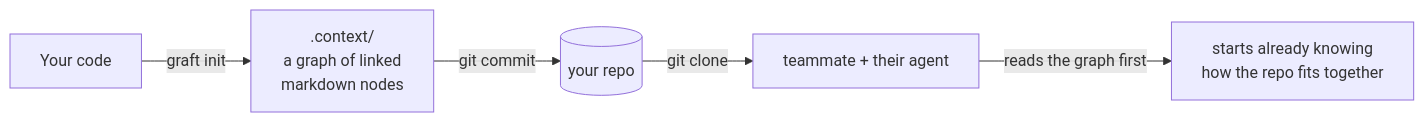
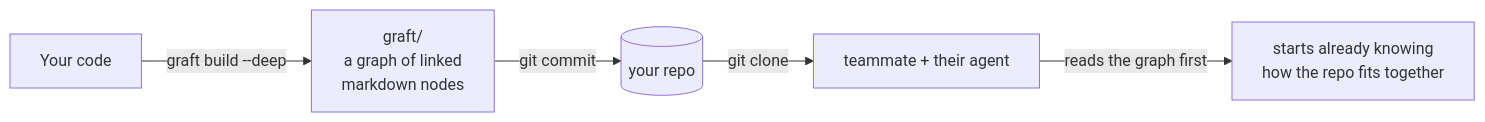
The diagram in README.md (FrancescoMerenda/Graft), drawn with Mermaid before and after one commit. The commit also changed other lines of this file and 1 other file, not shown here.

First line of the commit message:
Update README + landing page for the build/check/ask surface

````diff
--- a/README.md
+++ b/README.md
@@ -27,7 +27,7 @@
 ```mermaid
 flowchart LR
-    A["Your code"] -->|"graft init"| B[".context/<br/>a graph of linked<br/>markdown nodes"]
+    A["Your code"] -->|"graft build --deep"| B["graft/<br/>a graph of linked<br/>markdown nodes"]
     B -->|"git commit"| C[("your repo")]
     C -->|"git clone"| D["teammate + their agent"]
     D -->|"reads the graph first"| E["starts already knowing<br/>how the repo fits together"]
 ```
````
